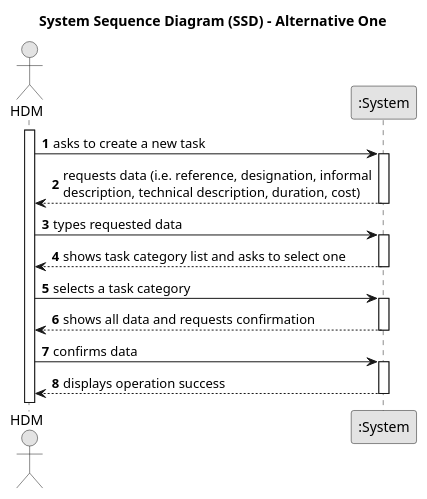
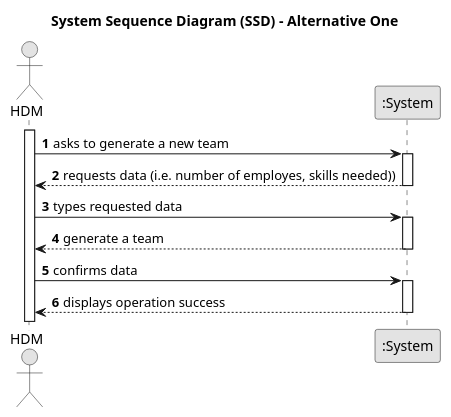
One commit to Departamento-de-Engenharia-Informatica/greenspace-management changed the diagram in docs/sprintA/us005/01.requirements-engineering/puml/us006-system-sequence-diagram-alternative-one.puml. Above: the diagram before and after it, drawn with PlantUML.

```diff
--- a/docs/sprintA/us005/01.requirements-engineering/puml/us006-system-sequence-diagram-alternative-one.puml
+++ b/docs/sprintA/us005/01.requirements-engineering/puml/us006-system-sequence-diagram-alternative-one.puml
@@ -1,39 +1,35 @@
 @startuml
 skinparam monochrome true
 skinparam packageStyle rectangle
 skinparam shadowing false
 
 title System Sequence Diagram (SSD) - Alternative One
 
 autonumber
 
 actor "HDM" as Employee
 participant ":System" as System
 
 activate Employee
 
-    Employee -> System : asks to create a new task
+    Employee -> System : asks to generate a new team
     activate System
 
-        System --> Employee : requests data (i.e. reference, designation, informal\ndescription, technical description, duration, cost)
+        System --> Employee : requests data (i.e. number of employes, skills needed))
     deactivate System
 
     Employee -> System : types requested data
     activate System
 
-        System --> Employee : shows task category list and asks to select one
-    deactivate System
-
-    Employee -> System : selects a task category
-    activate System
-
-        System --> Employee : shows all data and requests confirmation
+        System --> Employee : generate a team
     deactivate System
 
     Employee -> System : confirms data
     activate System
 
+
+
         System --> Employee : displays operation success
     deactivate System
 
 @enduml
```
